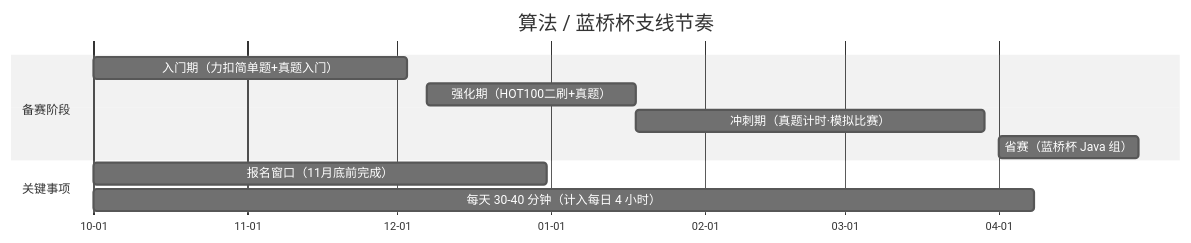
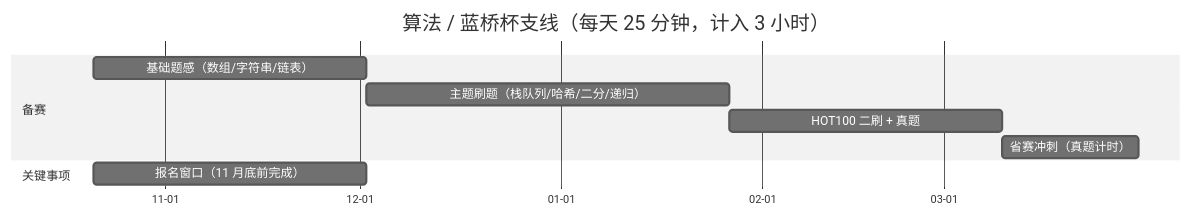
The second of 2 diagrams in README.md (moropxin/learning), drawn with Mermaid (neutral theme) before and after one commit. The commit also changed other lines of this file and 40 other files, not shown here.

````diff
--- a/README.md
+++ b/README.md
@@ -40,14 +76,13 @@
 ```mermaid
 gantt
     dateFormat YYYY-MM-DD
-    title 算法 / 蓝桥杯支线节奏
+    title 算法 / 蓝桥杯支线（每天 25 分钟，计入 3 小时）
     axisFormat %m-%d
-    section 备赛阶段
-    入门期（力扣简单题+真题入门）: c1, 2026-10-01, 9w
-    强化期（HOT100二刷+真题）: c2, 2026-12-07, 6w
-    冲刺期（真题计时·模拟比赛）: c3, 2027-01-18, 10w
-    省赛（蓝桥杯 Java 组）: c4, 2027-04-01, 4w
+    section 备赛
+    基础题感（数组/字符串/链表）: c1, 2026-10-21, 6w
+    主题刷题（栈队列/哈希/二分/递归）: c2, 2026-12-02, 8w
+    HOT100 二刷 + 真题: c3, 2027-01-27, 6w
+    省赛冲刺（真题计时）: c4, 2027-03-10, 3w
     section 关键事项
-    报名窗口（11月底前完成）: d1, 2026-10-01, 13w
-    每天 30-40 分钟（计入每日 4 小时）: d2, 2026-10-01, 27w
+    报名窗口（11 月底前完成）: d1, 2026-10-21, 6w
 ```
````
